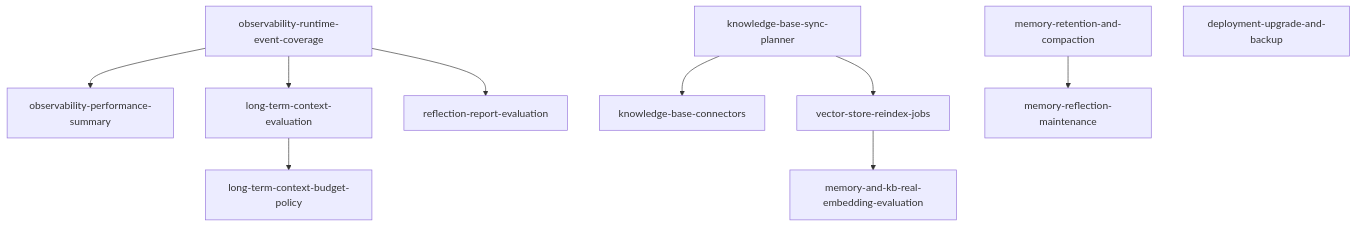
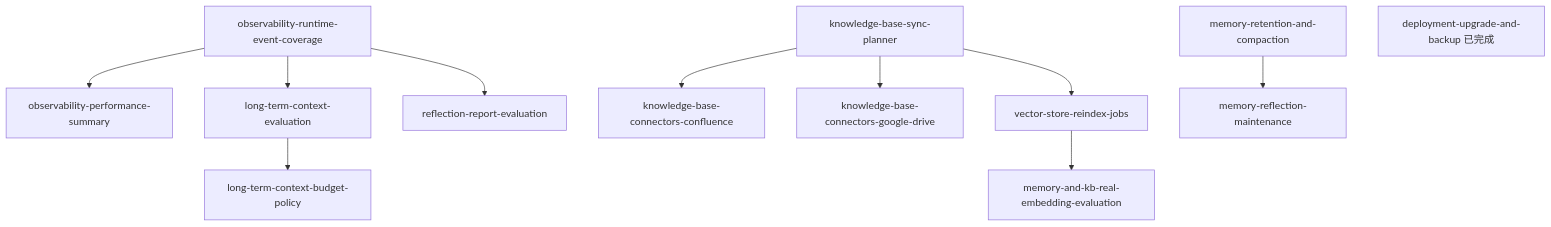
Before and after one commit to Summy2104/fleetent: the diagram in docs/capabilities/intelligence-roadmap.md, drawn with Mermaid. The commit also changed other lines of this file, not shown here.

Commit message:
docs(intelligence): refine roadmap execution boundaries

````diff
--- a/docs/capabilities/intelligence-roadmap.md
+++ b/docs/capabilities/intelligence-roadmap.md
@@ -62,26 +62,28 @@
 ```mermaid
 flowchart TD
     O[observability-runtime-event-coverage]
     OPS[observability-performance-summary]
     LTC_E[long-term-context-evaluation]
     REF_E[reflection-report-evaluation]
 
     KB_SYNC[knowledge-base-sync-planner]
-    KB_CONN[knowledge-base-connectors]
+    KB_CONF[knowledge-base-connectors-confluence]
+    KB_GDRIVE[knowledge-base-connectors-google-drive]
     REINDEX[vector-store-reindex-jobs]
     EMB_E[memory-and-kb-real-embedding-evaluation]
 
     MEM_RET[memory-retention-and-compaction]
     MEM_REF[memory-reflection-maintenance]
 
-    BACKUP[deployment-upgrade-and-backup]
+    BACKUP[deployment-upgrade-and-backup 已完成]
 
     O --> OPS
     O --> LTC_E
     O --> REF_E
-    KB_SYNC --> KB_CONN
+    KB_SYNC --> KB_CONF
+    KB_SYNC --> KB_GDRIVE
     KB_SYNC --> REINDEX
     REINDEX --> EMB_E
     LTC_E --> LTC_B[long-term-context-budget-policy]
     MEM_RET --> MEM_REF
 ```
````
